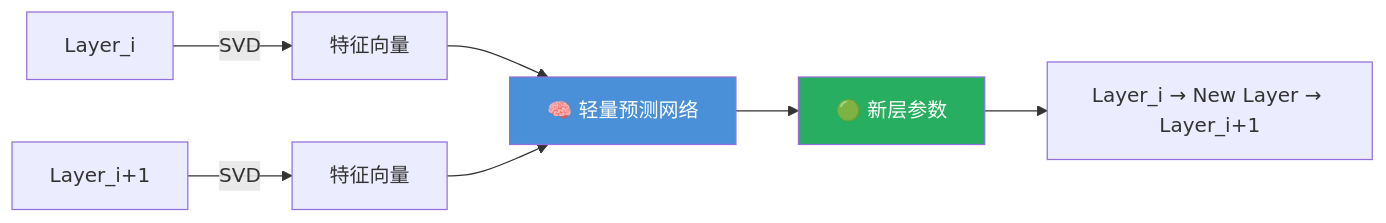
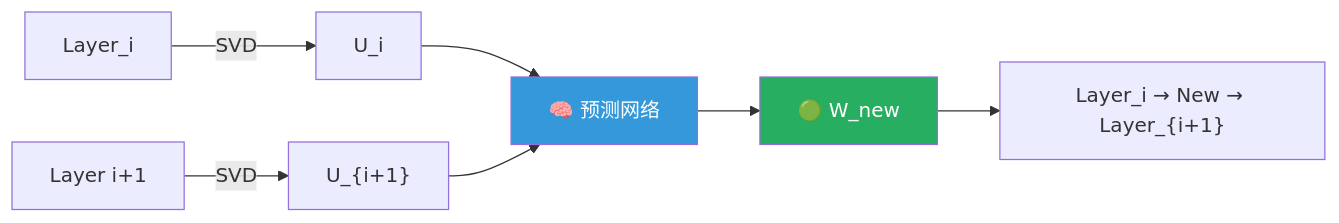
The fourth of 15 diagrams in docs/llm_param_expansion.md (jianzhnie/PCL-Model-Kit), drawn with Mermaid before and after one commit. The commit also changed other lines of this file, not shown here.

````diff
--- a/docs/llm_param_expansion.md
+++ b/docs/llm_param_expansion.md
@@ -131,9 +143,10 @@
 ```mermaid
 graph LR
-    L1["Layer_i"] -->|SVD| F1["特征向量"]
-    L2["Layer_i+1"] -->|SVD| F2["特征向量"]
-    F1 & F2 --> NET["🧠 轻量预测网络"] --> PRED["🟢 新层参数"]
-    PRED --> INSERT["Layer_i → New Layer → Layer_i+1"]
-    style NET fill:#4A90D9,color:#fff
+    L1["Layer_i"] -->|SVD| F1["U_i"]
+    L2["Layer i+1"] -->|SVD| F2["U_{i+1}"]
+    F1 & F2 --> NET["🧠 预测网络"]
+    NET --> PRED["🟢 W_new"]
+    PRED --> INSERT["Layer_i → New → Layer_{i+1}"]
+    style NET fill:#3498DB,color:#fff
     style PRED fill:#27AE60,color:#fff
 ```
````
